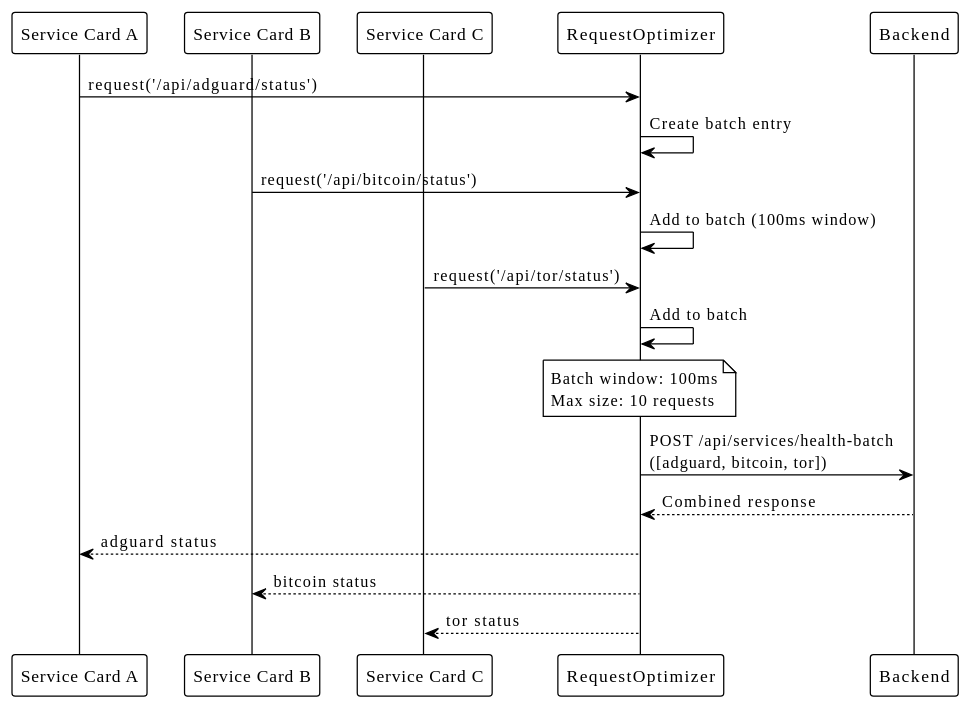
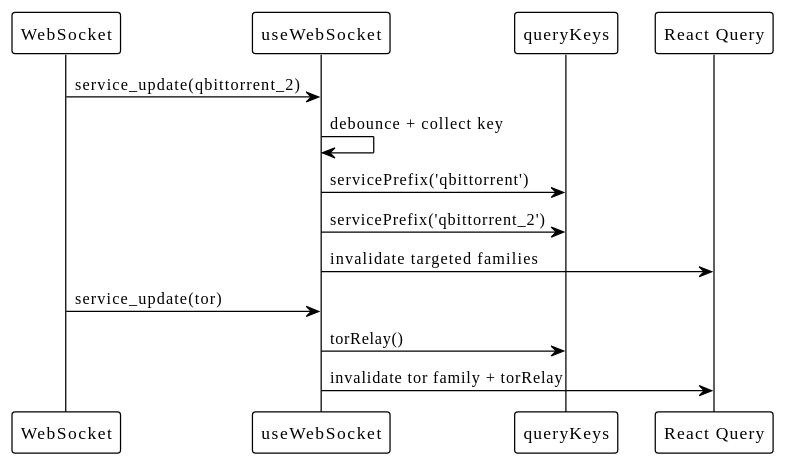
Before and after one commit to EraPartner/Watchman: the first of 3 diagrams in docs/adr/006-request-optimization-batching.md, drawn with PlantUML. The commit also changed other lines of this file and 33 other files, not shown here.

````diff
--- a/docs/adr/006-request-optimization-batching.md
+++ b/docs/adr/006-request-optimization-batching.md
@@ -77,33 +74,20 @@
 ```plantuml
 @startuml
 !theme plain
 
-participant "Service Card A" as A
-participant "Service Card B" as B
-participant "Service Card C" as C
-participant "RequestOptimizer" as RO
-participant "Backend" as BE
+participant "WebSocket" as WS
+participant "useWebSocket" as Hook
+participant "queryKeys" as Keys
+participant "React Query" as Query
 
-A -> RO : request('/api/adguard/status')
-RO -> RO : Create batch entry
+WS -> Hook : service_update(qbittorrent_2)
+Hook -> Hook : debounce + collect key
+Hook -> Keys : servicePrefix('qbittorrent')
+Hook -> Keys : servicePrefix('qbittorrent_2')
+Hook -> Query : invalidate targeted families
 
-B -> RO : request('/api/bitcoin/status')
-RO -> RO : Add to batch (100ms window)
-
-C -> RO : request('/api/tor/status')
-RO -> RO : Add to batch
-
-note over RO
-  Batch window: 100ms
-  Max size: 10 requests
-end note
-
-RO -> BE : POST /api/services/health-batch\n([adguard, bitcoin, tor])
-
-BE --> RO : Combined response
-
-RO --> A : adguard status
-RO --> B : bitcoin status
-RO --> C : tor status
+WS -> Hook : service_update(tor)
+Hook -> Keys : torRelay()
+Hook -> Query : invalidate tor family + torRelay
 @enduml
 ```
````
